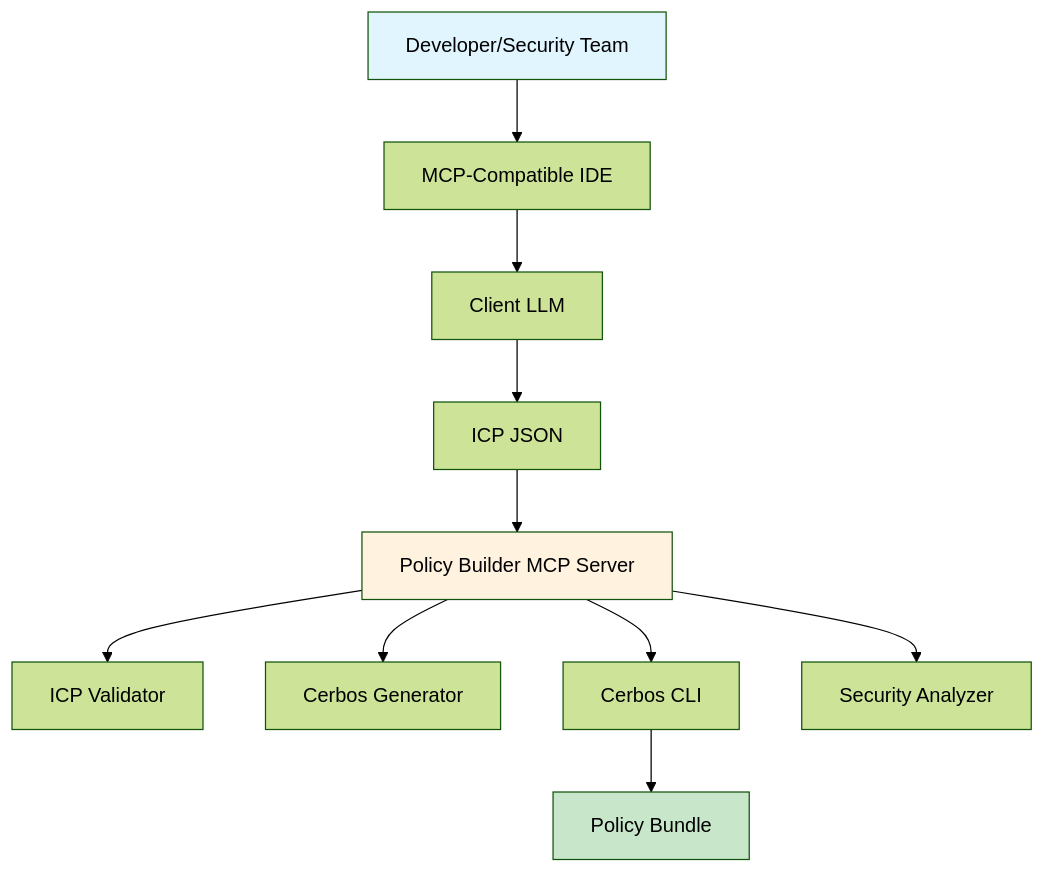
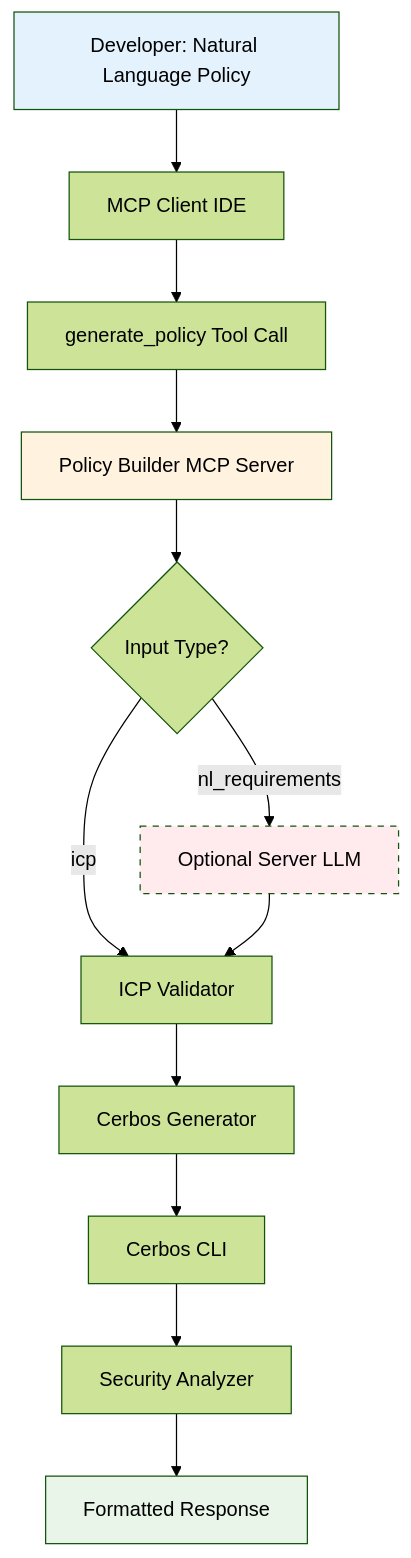
Before and after one commit to GlassTape/agent-policy-builder-mcp: the first of 2 diagrams in docs/technical-design.md, drawn with Mermaid (forest theme). The commit also changed other lines of this file, not shown here.

````diff
--- a/docs/technical-design.md
+++ b/docs/technical-design.md
@@ -46,16 +58,19 @@
 ```mermaid
-graph TB
-    User[Developer/Security Team] --> IDE[MCP-Compatible IDE]
-    IDE --> LLM[Client LLM]
-    LLM --> ICP[ICP JSON]
-    ICP --> Server[Policy Builder MCP Server]
-    Server --> Validator[ICP Validator]
-    Server --> Generator[Cerbos Generator]
-    Server --> CLI[Cerbos CLI]
-    Server --> Analyzer[Security Analyzer]
-    CLI --> Output[Policy Bundle]
+flowchart TD
+    A["Developer: Natural Language Policy"] --> B["MCP Client IDE"]
+    B --> C["generate_policy Tool Call"]
+    C --> D["Policy Builder MCP Server"]
+    D --> E{"Input Type?"}
+    E -->|"nl_requirements"| F["Optional Server LLM"]
+    E -->|"icp"| G["ICP Validator"]
+    F --> G
+    G --> H["Cerbos Generator"]
+    H --> I["Cerbos CLI"]
+    I --> J["Security Analyzer"]
+    J --> K["Formatted Response"]
     
-    style User fill:#e1f5fe
-    style Output fill:#c8e6c9
-    style Server fill:#fff3e0
+    style A fill:#e3f2fd
+    style D fill:#fff3e0
+    style K fill:#e8f5e8
+    style F fill:#ffebee,stroke-dasharray: 5 5
 ```
````
